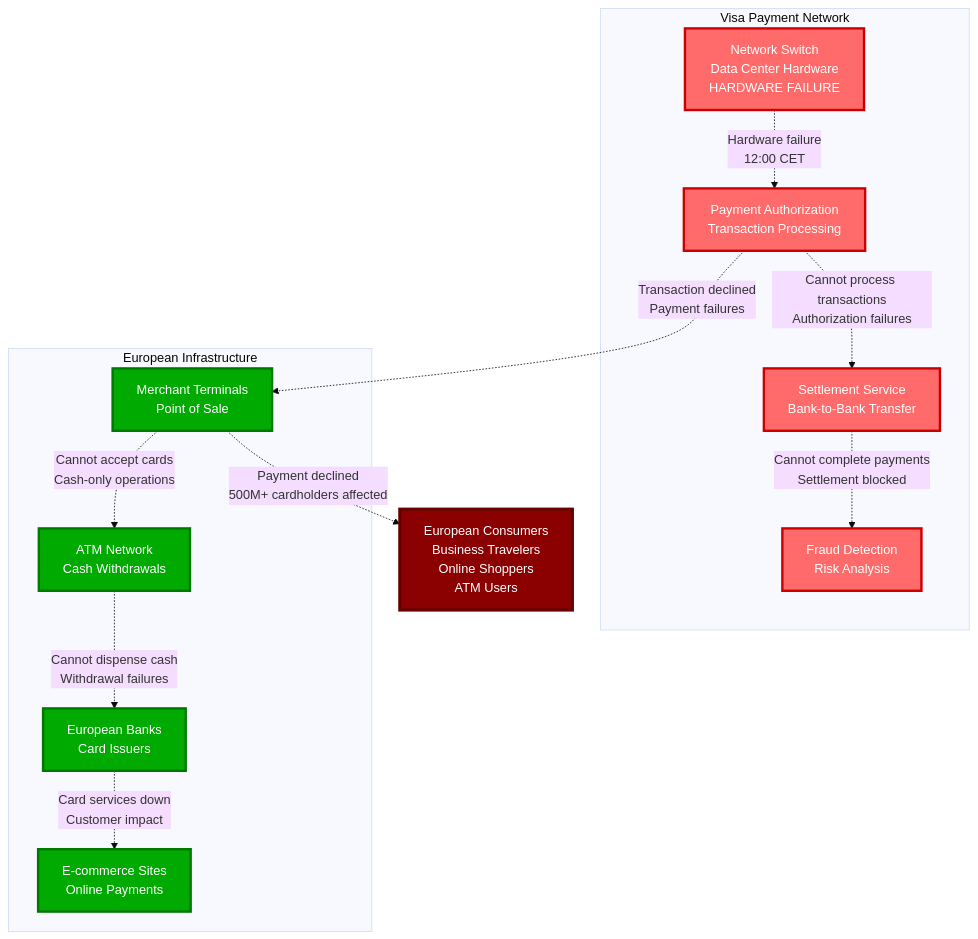
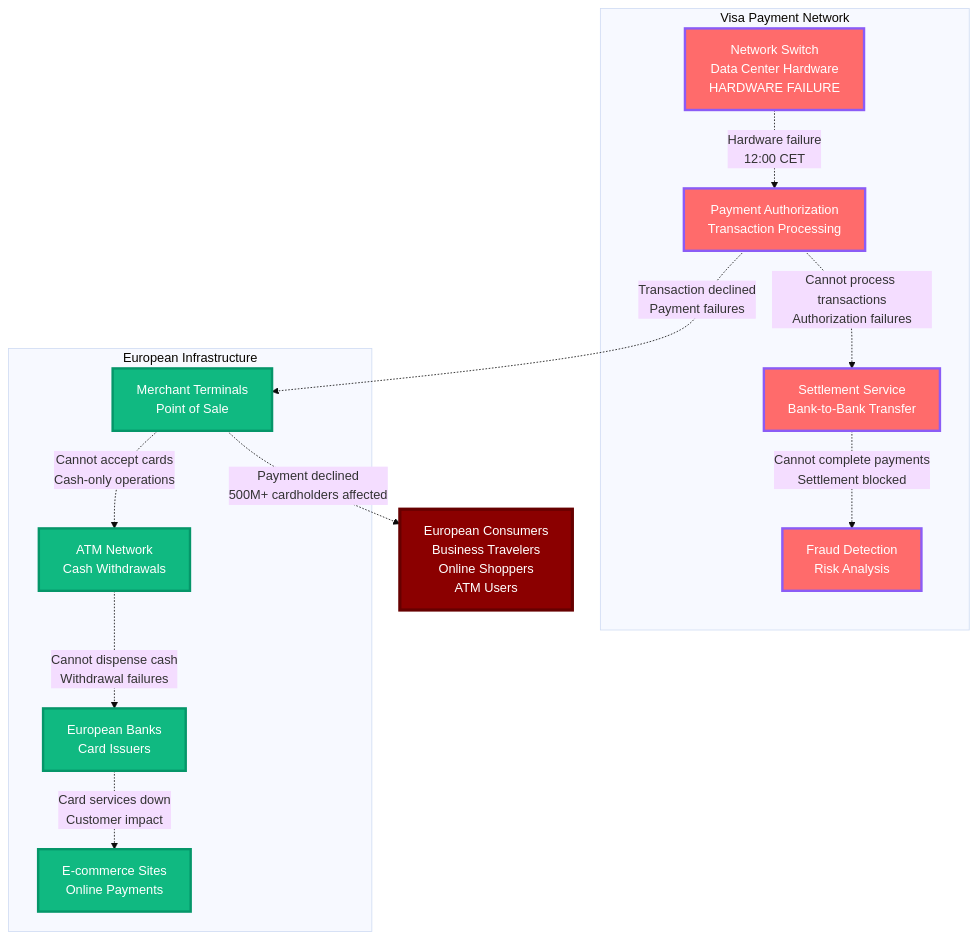
One commit to deepaucksharma/DS changed the diagram in site/docs/incidents/visa-june-2021.md. Above: the diagram before and after it, drawn with Mermaid (base theme). The commit also changed 303 other files, not shown here.

````diff
--- a/site/docs/incidents/visa-june-2021.md
+++ b/site/docs/incidents/visa-june-2021.md
@@ -19,38 +19,38 @@
 ```mermaid
 graph TB
     subgraph "Visa Payment Network"
         AUTH[Payment Authorization<br/>Transaction Processing]
         SWITCH[Network Switch<br/>Data Center Hardware<br/>HARDWARE FAILURE]
         SETTLE[Settlement Service<br/>Bank-to-Bank Transfer]
         FRAUD[Fraud Detection<br/>Risk Analysis]
     end
 
     subgraph "European Infrastructure"
         MERCHANTS[Merchant Terminals<br/>Point of Sale]
         ATMS[ATM Network<br/>Cash Withdrawals]
         BANKS[European Banks<br/>Card Issuers]
         ECOMMERCE[E-commerce Sites<br/>Online Payments]
     end
 
     %% Hardware failure cascade
     SWITCH -.->|Hardware failure<br/>12:00 CET| AUTH
     AUTH -.->|Cannot process transactions<br/>Authorization failures| SETTLE
     SETTLE -.->|Cannot complete payments<br/>Settlement blocked| FRAUD
 
     %% European payment impact
     AUTH -.->|Transaction declined<br/>Payment failures| MERCHANTS
     MERCHANTS -.->|Cannot accept cards<br/>Cash-only operations| ATMS
     ATMS -.->|Cannot dispense cash<br/>Withdrawal failures| BANKS
     BANKS -.->|Card services down<br/>Customer impact| ECOMMERCE
 
     %% Customer impact
     MERCHANTS -.->|"Payment declined"<br/>500M+ cardholders affected| CUSTOMERS[European Consumers<br/>Business Travelers<br/>Online Shoppers<br/>ATM Users]
 
-    classDef hardwareStyle fill:#FF6B6B,stroke:#CC0000,color:#fff,stroke-width:3px
-    classDef paymentStyle fill:#00AA00,stroke:#007700,color:#fff,stroke-width:3px
+    classDef hardwareStyle fill:#FF6B6B,stroke:#8B5CF6,color:#fff,stroke-width:3px
+    classDef paymentStyle fill:#10B981,stroke:#059669,color:#fff,stroke-width:3px
     classDef impactStyle fill:#8B0000,stroke:#660000,color:#fff,stroke-width:4px
 
     class SWITCH,AUTH,SETTLE,FRAUD hardwareStyle
     class MERCHANTS,ATMS,BANKS,ECOMMERCE paymentStyle
     class CUSTOMERS impactStyle
 ```
````
